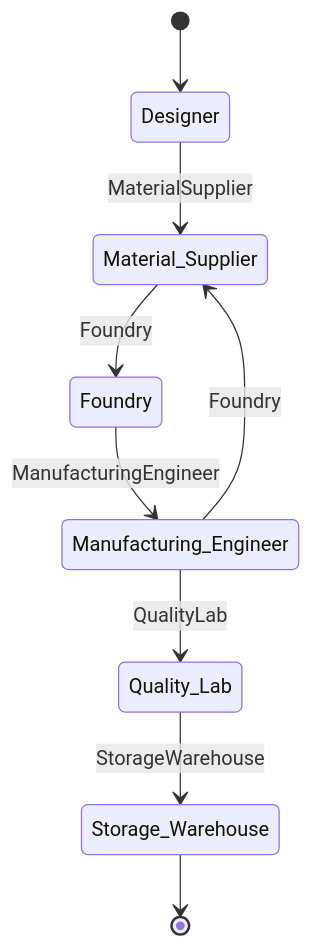
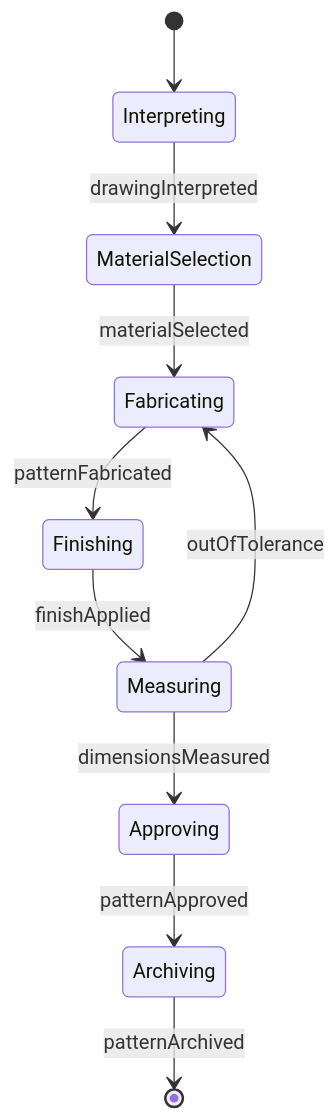
One commit to dot-org-ai/tasks.org.ai changed the second of 4 diagrams in HandlingAndMovingObjects/AssembleProductsOrWorkAids/BuildModelsPatternsTemplates.mdx. Above: the diagram before and after it, drawn with Mermaid. The commit also changed other lines of this file and 515 other files, not shown here.

````diff
--- a/HandlingAndMovingObjects/AssembleProductsOrWorkAids/BuildModelsPatternsTemplates.mdx
+++ b/HandlingAndMovingObjects/AssembleProductsOrWorkAids/BuildModelsPatternsTemplates.mdx
@@ -101,11 +99,12 @@
 ```mermaid
 stateDiagram-v2
-    [*] --> Designer
-    Designer --> Material_Supplier: MaterialSupplier
-    Material_Supplier --> Foundry: Foundry
-    Foundry --> Manufacturing_Engineer: ManufacturingEngineer
-    Manufacturing_Engineer --> Quality_Lab: QualityLab
-    Quality_Lab --> Storage_Warehouse: StorageWarehouse
-    Manufacturing_Engineer --> Material_Supplier: Foundry
-    Storage_Warehouse --> [*]
+    [*] --> Interpreting
+    Interpreting --> MaterialSelection : drawingInterpreted
+    MaterialSelection --> Fabricating : materialSelected
+    Fabricating --> Finishing : patternFabricated
+    Finishing --> Measuring : finishApplied
+    Measuring --> Approving : dimensionsMeasured
+    Approving --> Archiving : patternApproved
+    Measuring --> Fabricating : outOfTolerance
+    Archiving --> [*] : patternArchived
 ```
````
